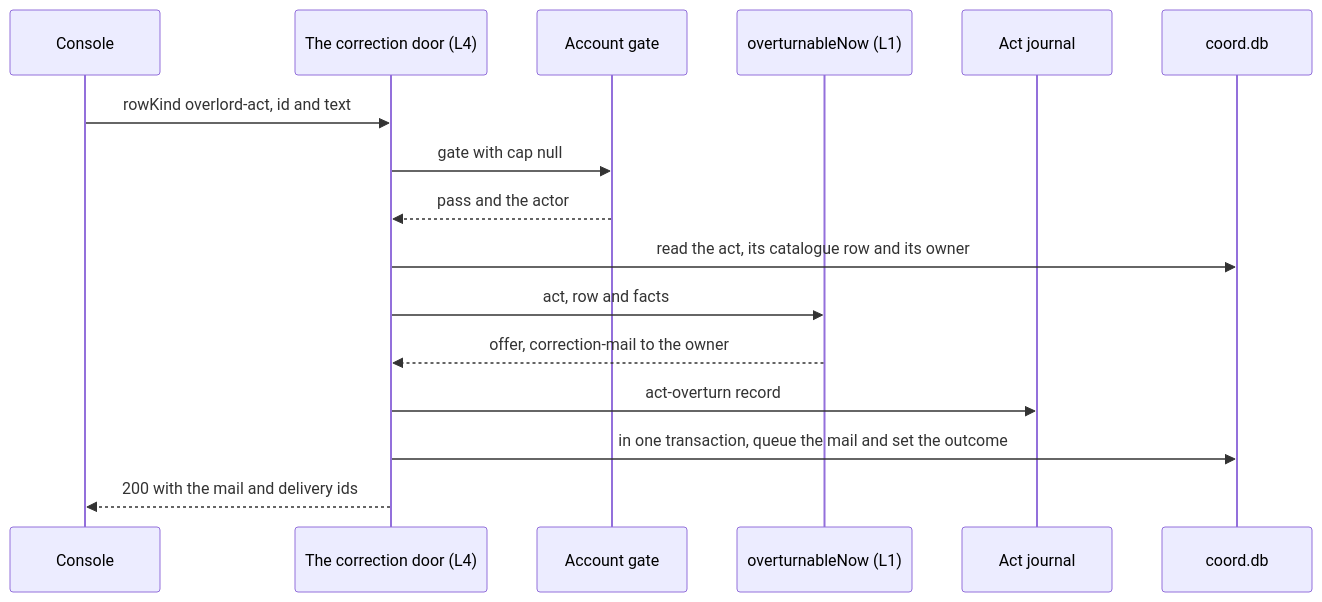
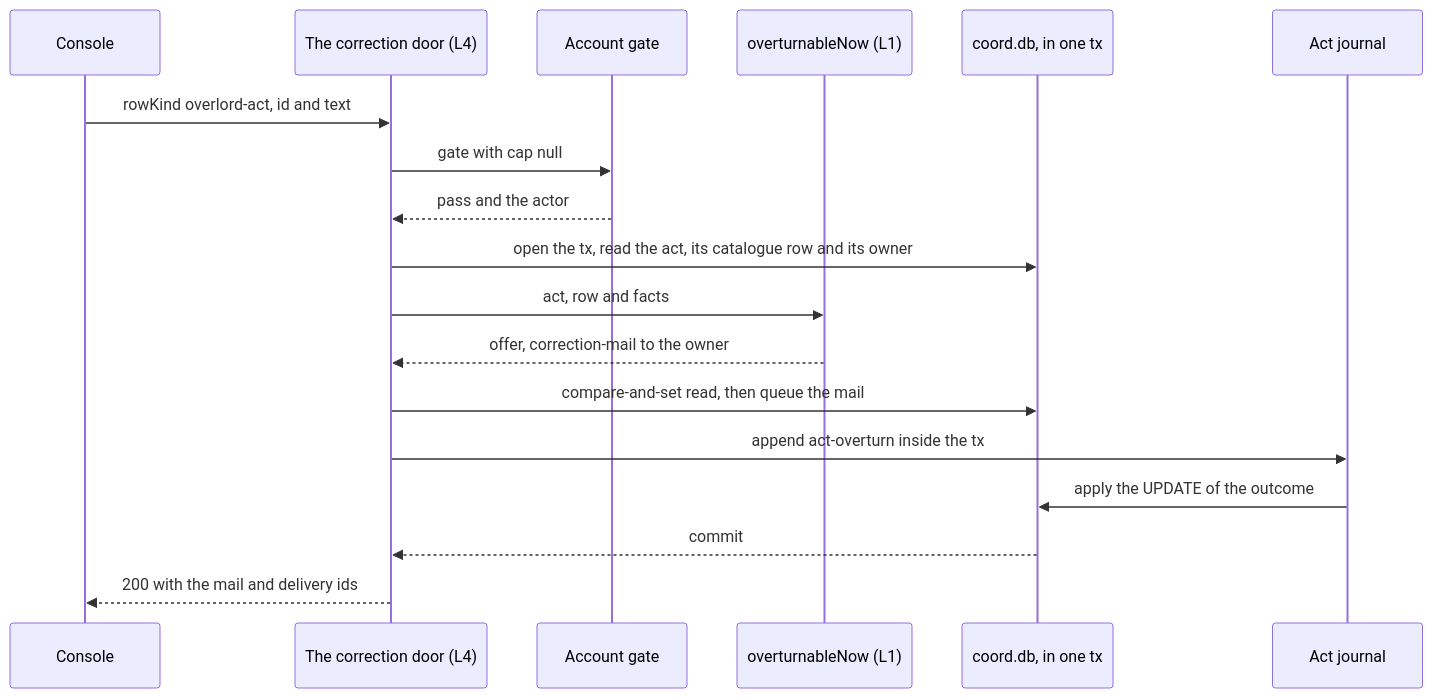
One commit to Synapsium-Labs/ccrc-pwa changed the third of 3 diagrams in docs/superpowers/plans/2026-11-16-overlord-w2/w2-act-reads.md. Above: the diagram before and after it, drawn with Mermaid. The commit also changed other lines of this file and 1 other file, not shown here.

First line of the commit message:
docs(plan): fix round 1 of the W2 operator doors and act reads plans (review 2286)

````diff
--- a/docs/superpowers/plans/2026-11-16-overlord-w2/w2-act-reads.md
+++ b/docs/superpowers/plans/2026-11-16-overlord-w2/w2-act-reads.md
@@ -365,18 +412,20 @@
 ```mermaid
 sequenceDiagram
   participant C as Console
   participant D as The correction door (L4)
   participant G as Account gate
   participant O as overturnableNow (L1)
+  participant S as coord.db, in one tx
   participant J as Act journal
-  participant S as coord.db
   C->>D: rowKind overlord-act, id and text
   D->>G: gate with cap null
   G-->>D: pass and the actor
-  D->>S: read the act, its catalogue row and its owner
+  D->>S: open the tx, read the act, its catalogue row and its owner
   D->>O: act, row and facts
   O-->>D: offer, correction-mail to the owner
-  D->>J: act-overturn record
-  D->>S: in one transaction, queue the mail and set the outcome
+  D->>S: compare-and-set read, then queue the mail
+  D->>J: append act-overturn inside the tx
+  J->>S: apply the UPDATE of the outcome
+  S-->>D: commit
   D-->>C: 200 with the mail and delivery ids
 ```
````
